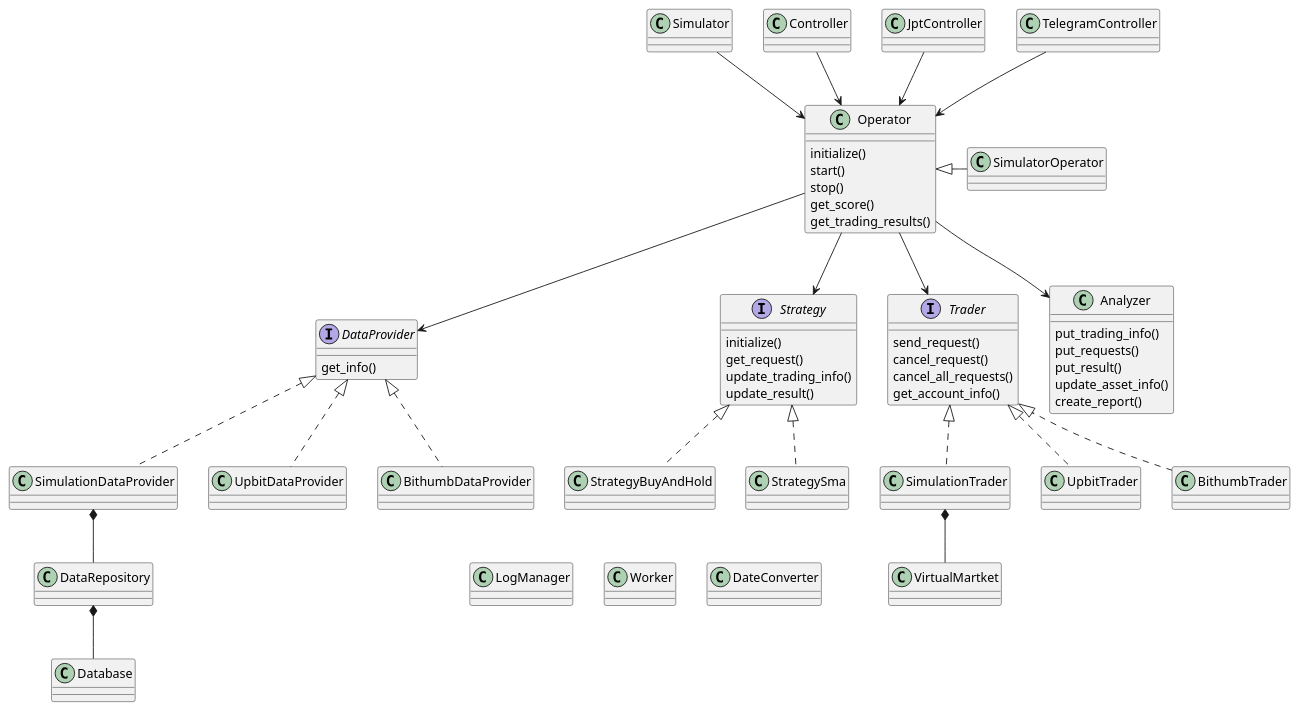
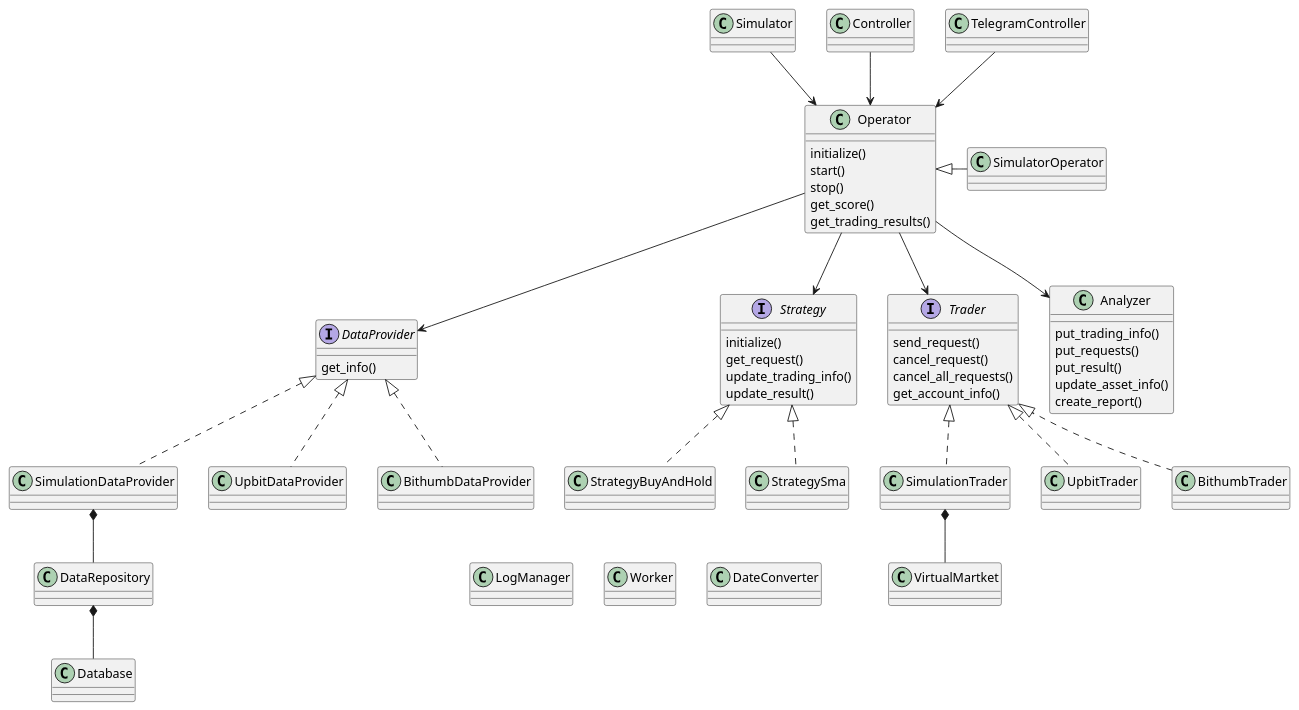
Before and after one commit to msaltnet/smtm: the diagram in docs/smtm_class.puml, drawn with PlantUML. The commit also changed 14 other files, not shown here.

```diff
--- a/docs/smtm_class.puml
+++ b/docs/smtm_class.puml
@@ -1,65 +1,64 @@
 @startuml
 
 interface DataProvider {
     get_info()
 }
 interface Strategy {
     initialize()
     get_request()
     update_trading_info()
     update_result()
 }
 interface Trader {
     send_request()
     cancel_request()
     cancel_all_requests()
     get_account_info()
 }
 class Operator {
     initialize()
     start()
     stop()
     get_score()
     get_trading_results()
 }
 class Analyzer {
     put_trading_info()
     put_requests()
     put_result()
     update_asset_info()
     create_report()
 }
 
 DataProvider <|.. SimulationDataProvider
 DataProvider <|.. UpbitDataProvider
 DataProvider <|.. BithumbDataProvider
 
 SimulationDataProvider *-- DataRepository
 DataRepository *-- Database
 
 Strategy <|.. StrategyBuyAndHold
 Strategy <|.. StrategySma
 
 Trader <|.. SimulationTrader
 Trader <|.. UpbitTrader
 Trader <|.. BithumbTrader
 
 SimulationTrader *-- VirtualMartket
 
 Operator <|-r- SimulatorOperator
 
 Operator --> DataProvider
 Operator --> Strategy
 Operator --> Trader
 Operator --> Analyzer
 
 Simulator --> Operator
 Controller --> Operator
-JptController --> Operator
 TelegramController --> Operator
 
 StrategyBuyAndHold -[hidden]-> LogManager
 StrategyBuyAndHold -[hidden]-> Worker
 StrategyBuyAndHold -[hidden]-> DateConverter
 
 @enduml
```
